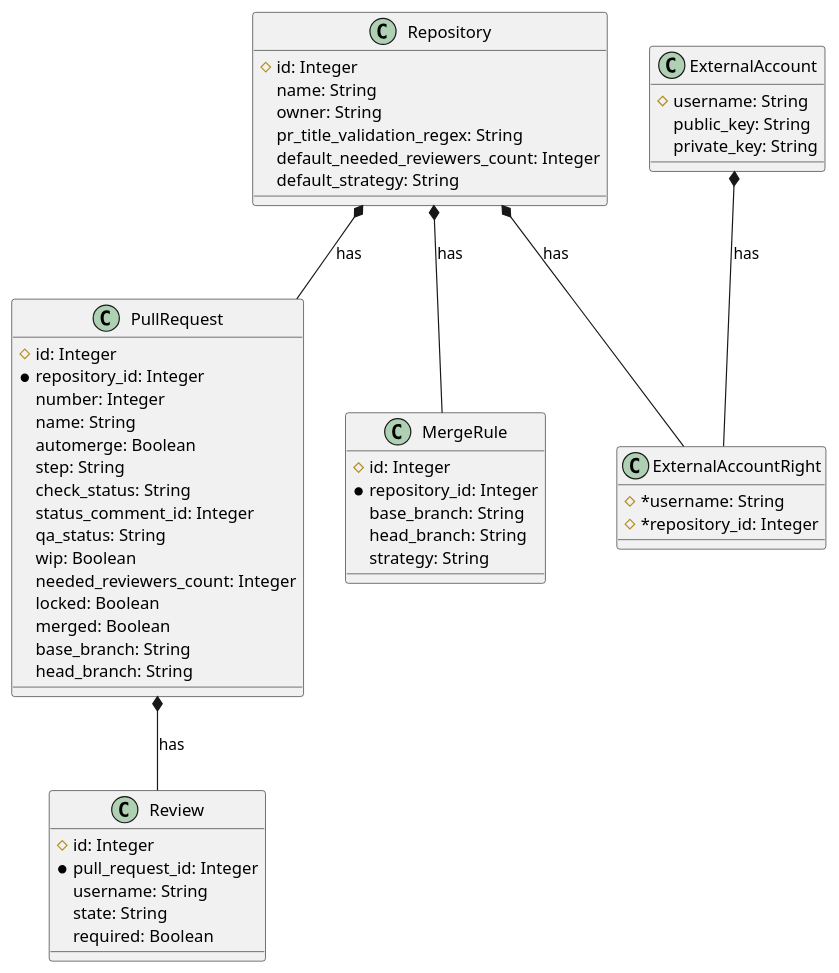
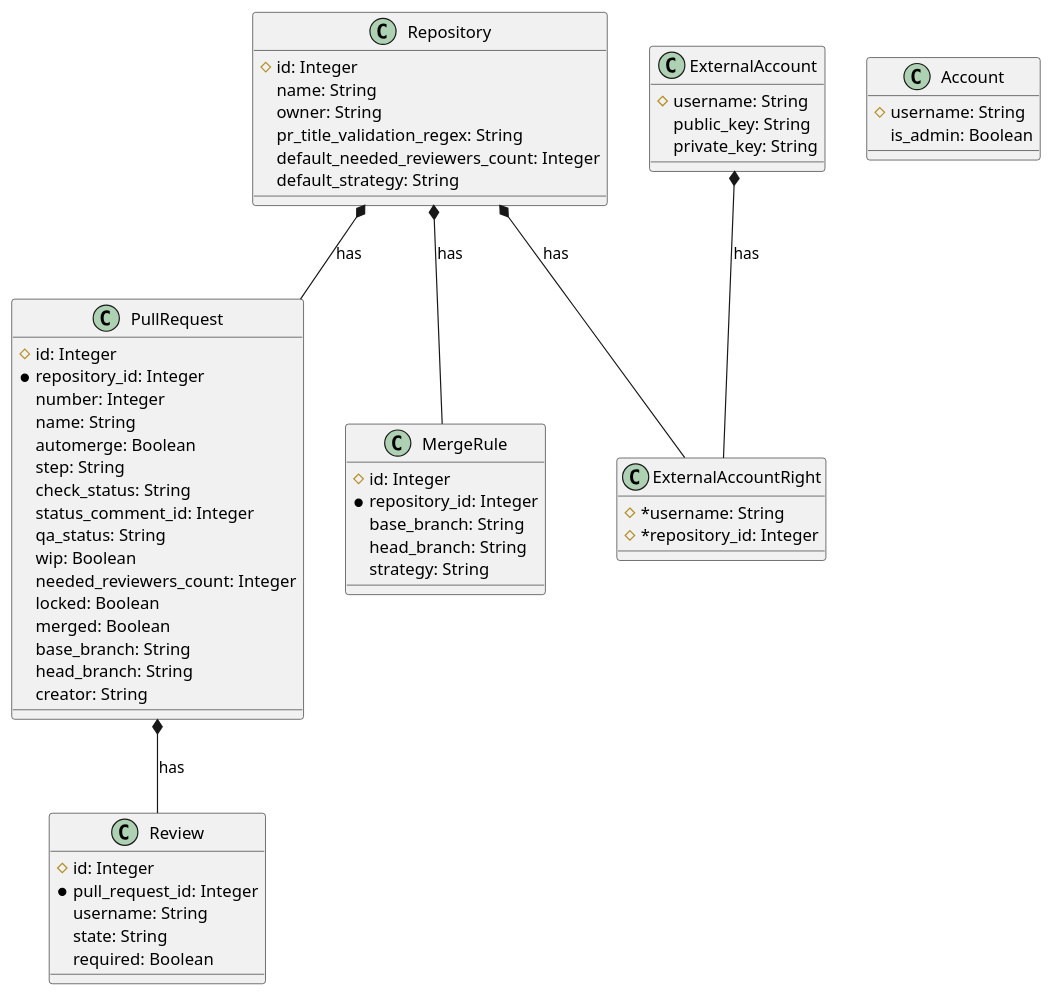
Before and after one commit to sharingcloud/github-scbot: the diagram in docs/schema.plantuml, drawn with PlantUML. The commit also changed 21 other files, not shown here.

```diff
--- a/docs/schema.plantuml
+++ b/docs/schema.plantuml
@@ -1,57 +1,63 @@
 @startuml Schema
 class Repository {
     #id: Integer
     name: String
     owner: String
     pr_title_validation_regex: String
     default_needed_reviewers_count: Integer
     default_strategy: String
 }
 class PullRequest {
     #id: Integer
     *repository_id: Integer
     number: Integer
     name: String
     automerge: Boolean
     step: String
     check_status: String
     status_comment_id: Integer
     qa_status: String
     wip: Boolean
     needed_reviewers_count: Integer
     locked: Boolean
     merged: Boolean
     base_branch: String
     head_branch: String
+    creator: String
 }
 class Review {
     #id: Integer
     *pull_request_id: Integer
     username: String
     state: String
     required: Boolean
 }
 class MergeRule {
     #id: Integer
     *repository_id: Integer
     base_branch: String
     head_branch: String
     strategy: String
 }
 
 class ExternalAccount {
     #username: String
     public_key: String
     private_key: String
 }
 class ExternalAccountRight {
     #*username: String
     #*repository_id: Integer
 }
 
+class Account {
+    #username: String
+    is_admin: Boolean
+}
+
 Repository *-- PullRequest : has
 Repository *-- MergeRule : has
 PullRequest *-- Review : has
 ExternalAccount *-- ExternalAccountRight : has
 Repository *-- ExternalAccountRight : has
 @enduml
```
